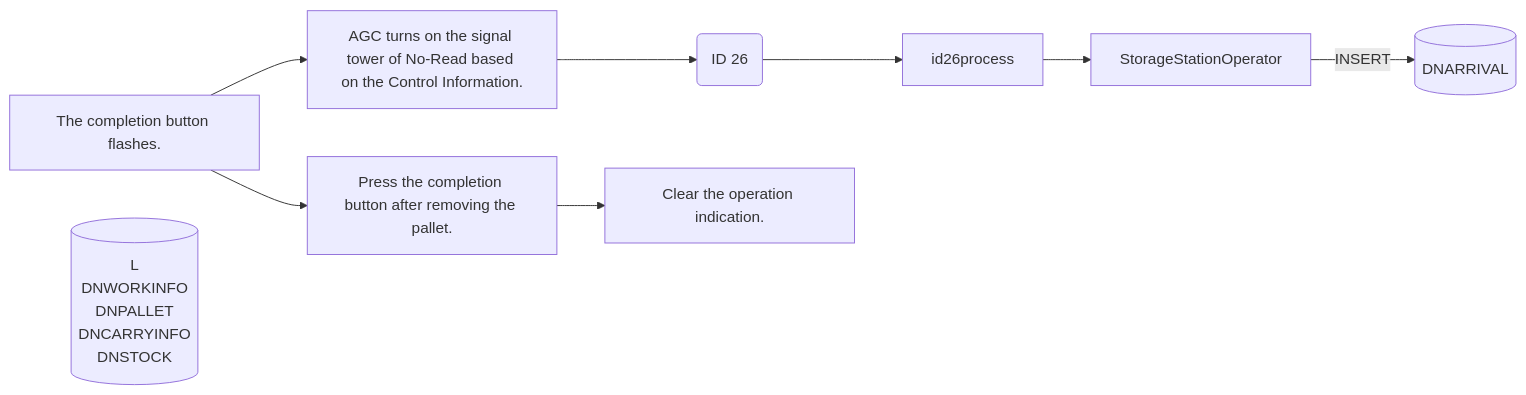
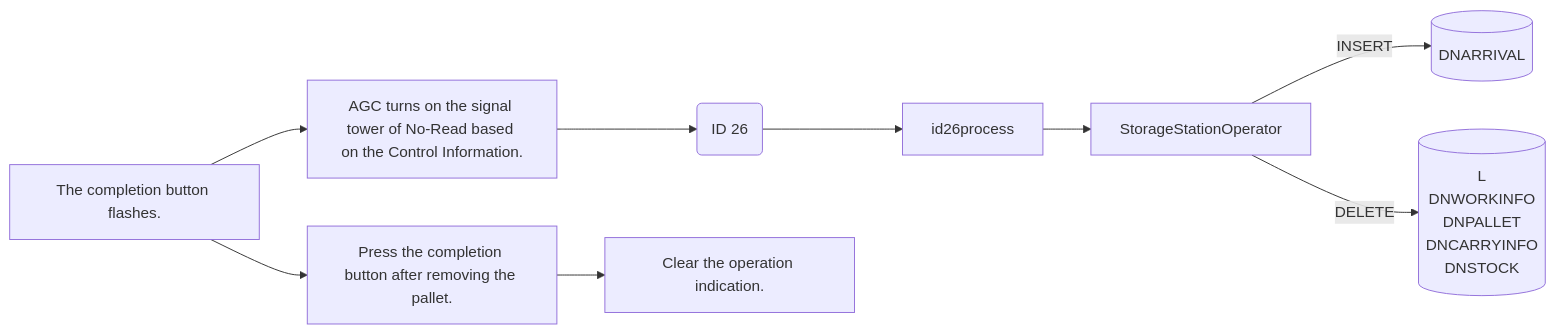
Before and after one commit to luthfiadityaa/SimeDarby-Wiki: the tenth of 10 diagrams in Basic-Design/DFD-WMS/Storage/Palletizing-Settting/Irregular-Cases.md, drawn with Mermaid.

Commit message:
Updated Irregular Cases

```diff
--- a/Basic-Design/DFD-WMS/Storage/Palletizing-Settting/Irregular-Cases.md
+++ b/Basic-Design/DFD-WMS/Storage/Palletizing-Settting/Irregular-Cases.md
@@ -428,40 +428,41 @@
 ::: mermaid
 flowchart LR
 
 releaseCommand["
 The completion button flashes.
 "]
 
 releaseCommand0["
 AGC turns on the signal tower of No-Read based on the Control Information. 
 "]
 
 id26msg("
 ID 26
 ")
 
 id26-insert[("
    DNARRIVAL		
 ")]
 
 id26-delete[("L
    DNWORKINFO
    DNPALLET
    DNCARRYINFO
    DNSTOCK		
 ")]
 
 storageStationOperator[StorageStationOperator]
 
 releaseCommand2["
 Press the completion button after removing the pallet.
 "]
 
 releaseCommand3["
 Clear the operation indication. 
 "]
 
 releaseCommand-->releaseCommand2-->releaseCommand3
 releaseCommand-->releaseCommand0-->id26msg-->id26process-->storageStationOperator
 storageStationOperator--> |INSERT| id26-insert
+storageStationOperator--> |DELETE| id26-delete
 :::
```
